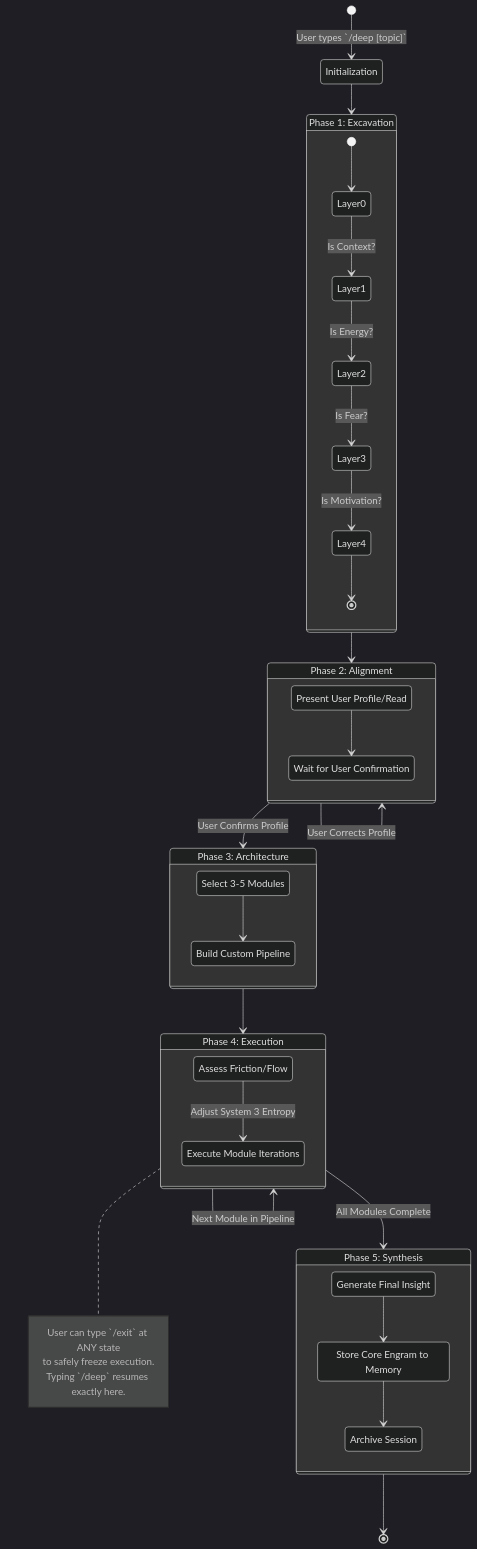
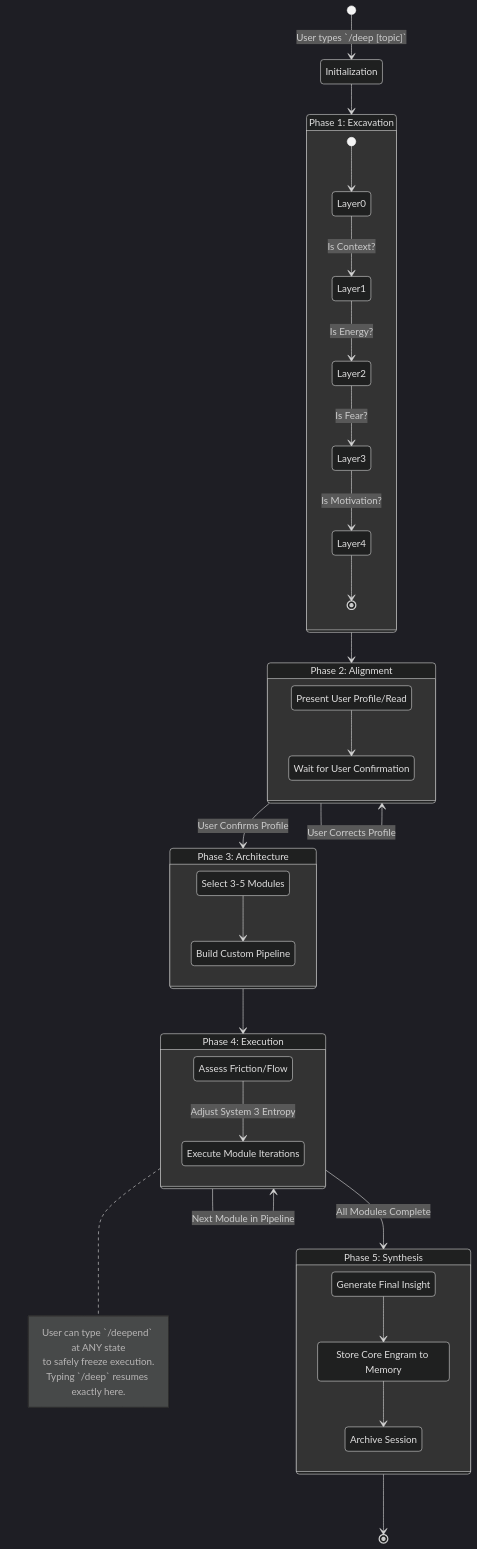
Before and after one commit to bruno-nimbledev/DeepThinking: the first of 2 diagrams in README.md, drawn with Mermaid (dark theme). The commit also changed other lines of this file and 3 other files, not shown here.

Commit message:
fix: rename /exit to /deepend and /quit to /deepend across all files

````diff
--- a/README.md
+++ b/README.md
@@ -22,57 +22,57 @@
 ```mermaid
 stateDiagram-v2
     [*] --> Initialization: User types `/deep [topic]`
     
     state "Phase 1: Excavation" as Excavation {
         [*] --> Layer0
         Layer0 --> Layer1: Is Context?
         Layer1 --> Layer2: Is Energy?
         Layer2 --> Layer3: Is Fear?
         Layer3 --> Layer4: Is Motivation?
         Layer4 --> [*]
     }
     
     Initialization --> Excavation
     
     state "Phase 2: Alignment" as Alignment {
         PresentRead: Present User Profile/Read
         WaitConfirm: Wait for User Confirmation
         PresentRead --> WaitConfirm
     }
     
     Excavation --> Alignment
     Alignment --> Alignment: User Corrects Profile
     Alignment --> Architecture: User Confirms Profile
     
     state "Phase 3: Architecture" as Architecture {
         SelectModules: Select 3-5 Modules
         BuildPipeline: Build Custom Pipeline
         SelectModules --> BuildPipeline
     }
     
     state "Phase 4: Execution" as Execution {
         RunModule: Execute Module Iterations
         AssessEntropy: Assess Friction/Flow
         AssessEntropy --> RunModule: Adjust System 3 Entropy
     }
     
     Architecture --> Execution
     Execution --> Execution: Next Module in Pipeline
     
     state "Phase 5: Synthesis" as Synthesis {
         Consolidate: Generate Final Insight
         StoreEngram: Store Core Engram to Memory
         Archive: Archive Session
         Consolidate --> StoreEngram
         StoreEngram --> Archive
     }
     
     Execution --> Synthesis: All Modules Complete
     Synthesis --> [*]
     
     note right of Execution
-        User can type `/exit` at ANY state
+        User can type `/deepend` at ANY state
         to safely freeze execution.
         Typing `/deep` resumes exactly here.
     end note
 ```
````
